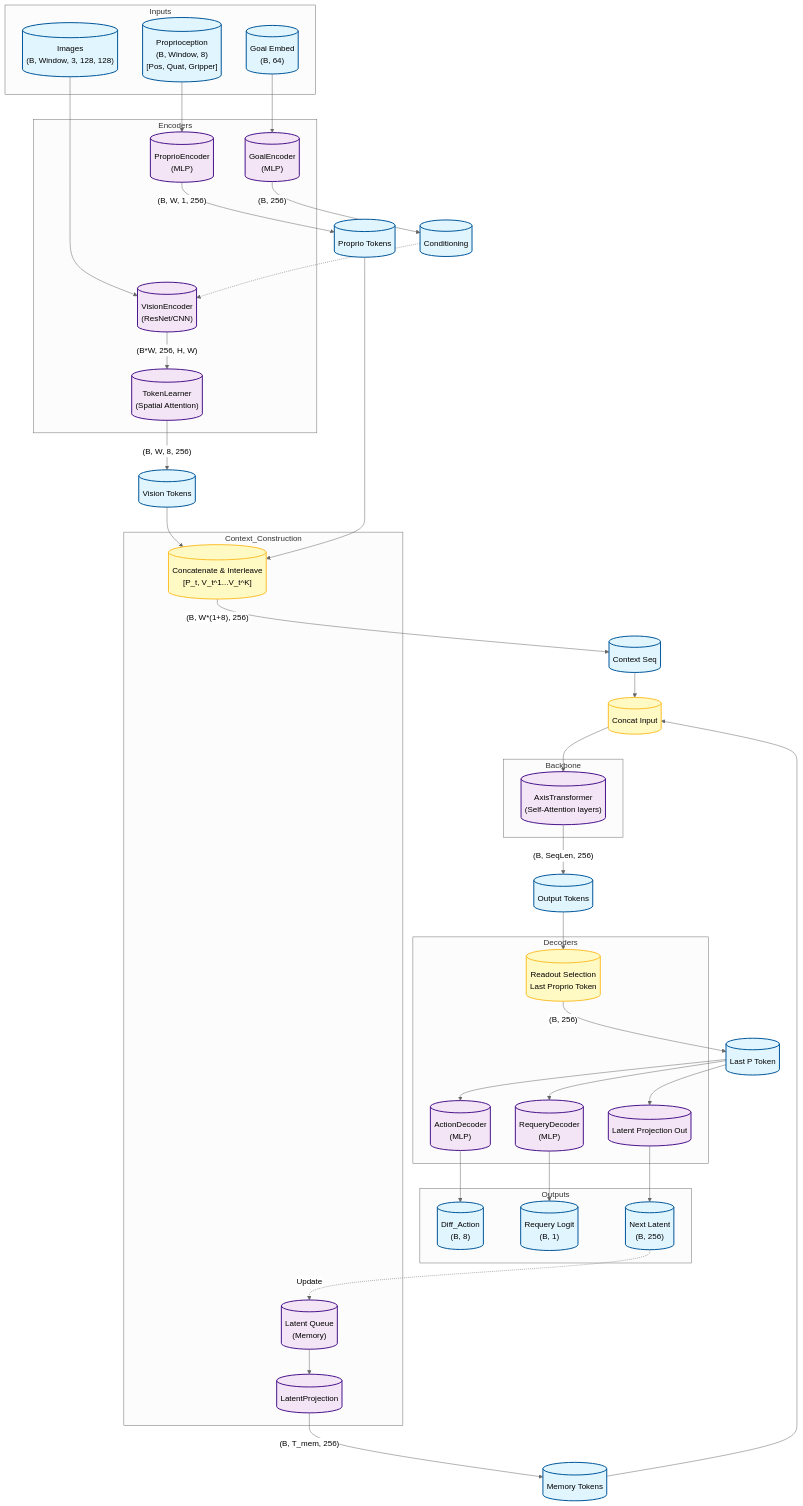
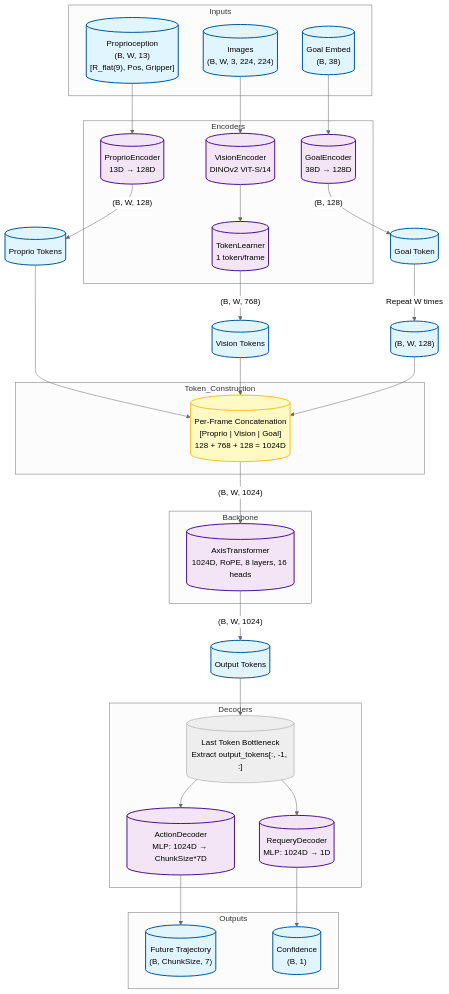
One commit to Thoooomas14/Axis changed the first of 2 diagrams in docs/model_architecture_vis.md. Above: the diagram before and after it, drawn with Mermaid (neutral theme). The commit also changed other lines of this file and 72 other files, not shown here.

````diff
--- a/docs/model_architecture_vis.md
+++ b/docs/model_architecture_vis.md
@@ -7,74 +7,64 @@
-``` mermaid
+```mermaid
 graph TD
     subgraph Inputs
-        IMG[("Images<br/>(B, Window, 3, 128, 128)")]
-        PROP[("Proprioception<br/>(B, Window, 8)<br/>[Pos, Quat, Gripper]")]
-        GOAL[("Goal Embed<br/>(B, 64)")]
+        IMG[("Images<br/>(B, W, 3, 224, 224)")]
+        PROP[("Proprioception<br/>(B, W, 13)<br/>[R_flat(9), Pos, Gripper]")]
+        GOAL[("Goal Embed<br/>(B, 38)")]
     end
 
     subgraph Encoders
-        GE[("GoalEncoder<br/>(MLP)")]
-        VE[("VisionEncoder<br/>(ResNet/CNN)")]
-        PE[("ProprioEncoder<br/>(MLP)")]
-        TL[("TokenLearner<br/>(Spatial Attention)")]
+        VE[("VisionEncoder<br/>DINOv2 ViT-S/14")]
+        PE[("ProprioEncoder<br/>13D → 128D")]
+        GE[("GoalEncoder<br/>38D → 128D")]
+        TL[("TokenLearner<br/>1 token/frame")]
     end
 
-    subgraph Context_Construction
-        CAT[("Concatenate & Interleave<br/>[P_t, V_t^1...V_t^K]")]
-        LQ[("Latent Queue<br/>(Memory)")]
-        LP[("LatentProjection")]
+    subgraph Token_Construction
+        CAT[("Per-Frame Concatenation<br/>[Proprio | Vision | Goal]<br/>128 + 768 + 128 = 1024D")]
     end
 
     subgraph Backbone
-        TR[("AxisTransformer<br/>(Self-Attention layers)")]
+        TR[("AxisTransformer<br/>1024D, RoPE, 8 layers, 16 heads")]
     end
 
     subgraph Decoders
-        READ[("Readout Selection<br/>Last Proprio Token")]
-        AD[("ActionDecoder<br/>(MLP)")]
-        RD[("RequeryDecoder<br/>(MLP)")]
-        LPROJ[("Latent Projection Out")]
+        LT[("Last Token Bottleneck<br/>Extract output_tokens[:, -1, :]")]
+        AD[("ActionDecoder<br/>MLP: 1024D → ChunkSize*7D")]
+        RD[("RequeryDecoder<br/>MLP: 1024D → 1D")]
     end
 
     subgraph Outputs
-        ACT[("Diff_Action<br/>(B, 8)")]
-        REQ[("Requery Logit<br/>(B, 1)")]
-        NL[("Next Latent<br/>(B, 256)")]
+        ACT[("Future Trajectory<br/>(B, ChunkSize, 7)")]
+        REQ[("Confidence<br/>(B, 1)")]
     end
 
     %% Connections
-    GOAL --> GE -->|"(B, 256)"| COND[("Conditioning")]
+    IMG --> VE --> TL
+    TL -->|"(B, W, 768)"| VTOK[("Vision Tokens")]
     
-    IMG --> VE
-    COND -.-> VE
-    VE -->|"(B*W, 256, H, W)"| TL
-    TL -->|"(B, W, 8, 256)"| VTOK[("Vision Tokens")]
-
-    PROP --> PE -->|"(B, W, 1, 256)"| PTOK[("Proprio Tokens")]
-
+    PROP --> PE -->|"(B, W, 128)"| PTOK[("Proprio Tokens")]
+    
+    GOAL --> GE -->|"(B, 128)"| GTOK[("Goal Token")]
+    GTOK -->|"Repeat W times"| GEXP[("(B, W, 128)")]
+    
     PTOK --> CAT
     VTOK --> CAT
-    CAT -->|"(B, W*(1+8), 256)"| CTX[("Context Seq")]
-
-    LQ --> LP -->|"(B, T_mem, 256)"| MEM[("Memory Tokens")]
+    GEXP --> CAT
+    CAT -->|"(B, W, 1024)"| TR
     
-    CTX --> MERGE[("Concat Input")]
-    MEM --> MERGE
-    MERGE --> TR
-    TR -->|"(B, SeqLen, 256)"| OUT[("Output Tokens")]
-
-    OUT --> READ -->|"(B, 256)"| LAST[("Last P Token")]
-
-    LAST --> AD --> ACT
-    LAST --> RD --> REQ
-    LAST --> LPROJ --> NL
-    NL -.->|Update| LQ
+    TR -->|"(B, W, 1024)"| OUT[("Output Tokens")]
+    
+    OUT --> LT
+    LT --> AD
+    LT --> RD
+    AD --> ACT
+    RD --> REQ
 
     classDef tensor fill:#e1f5fe,stroke:#01579b,stroke-width:2px;
     classDef component fill:#f3e5f5,stroke:#4a148c,stroke-width:2px,rx:10,ry:10;
     classDef logic fill:#fff9c4,stroke:#fbc02d,stroke-width:2px;
 
-    class IMG,PROP,GOAL,COND,VTOK,PTOK,CTX,MEM,OUT,LAST,ACT,REQ,NL tensor;
-    class GE,VE,PE,TL,TR,AD,RD,LPROJ,LQ,LP component;
-    class CAT,READ,MERGE logic;
+    class IMG,PROP,GOAL,VTOK,PTOK,GTOK,GEXP,OUT,ACT,REQ tensor;
+    class VE,PE,GE,TL,TR,AD,RD component;
+    class CAT logic;
 ```
````
